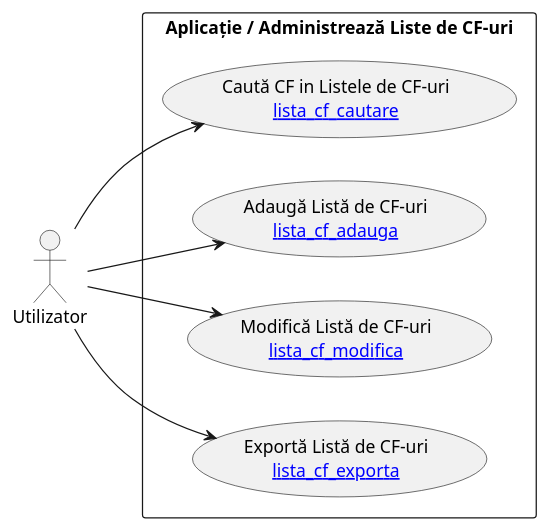
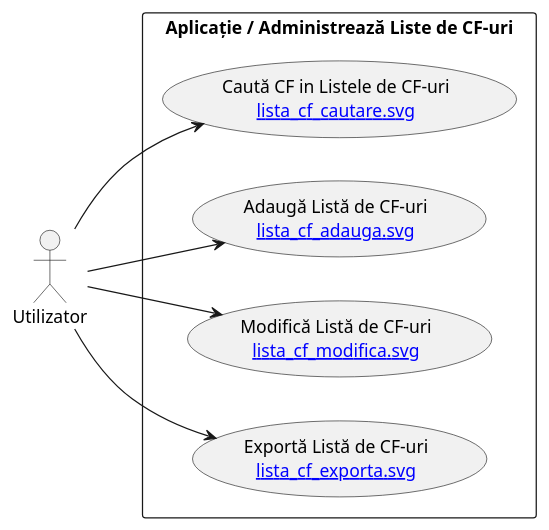
The diagram in lista_cf_amin.puml (KMX-Systems/uat), drawn with PlantUML before and after one commit. The commit also changed 14 other files, not shown here.

```diff
--- a/lista_cf_amin.puml
+++ b/lista_cf_amin.puml
@@ -1,17 +1,17 @@
 @startuml
 left to right direction
 actor "Utilizator" as user
 rectangle "Aplicație / Administrează Liste de CF-uri" {
-  usecase "Vizualizează Listele cu CF-uri\n[[lista_cf_vizualizare]]" as UC1
-  usecase "Caută CF in Listele de CF-uri\n[[lista_cf_cautare]]" as UC1
-  usecase "Adaugă Listă de CF-uri\n[[lista_cf_adauga]]" as UC2
-  usecase "Modifică Listă de CF-uri\n[[lista_cf_modifica]]" as UC3
-  usecase "Șterge Listă de CF-uri\n[[lista_cf_sterge]]" as UC4
-  usecase "Importă Listă de CF-uri\n[[lista_cf_importa]]" as UC4
-  usecase "Exportă Listă de CF-uri\n[[lista_cf_exporta]]" as UC4
+  usecase "Vizualizează Listele cu CF-uri\n[[lista_cf_vizualizare.svg]]" as UC1
+  usecase "Caută CF in Listele de CF-uri\n[[lista_cf_cautare.svg]]" as UC1
+  usecase "Adaugă Listă de CF-uri\n[[lista_cf_adauga.svg]]" as UC2
+  usecase "Modifică Listă de CF-uri\n[[lista_cf_modifica.svg]]" as UC3
+  usecase "Șterge Listă de CF-uri\n[[lista_cf_sterge.svg]]" as UC4
+  usecase "Importă Listă de CF-uri\n[[lista_cf_importa.svg]]" as UC4
+  usecase "Exportă Listă de CF-uri\n[[lista_cf_exporta.svg]]" as UC4
 }
 user --> UC1
 user --> UC2
 user --> UC3
 user --> UC4
 @enduml
```
